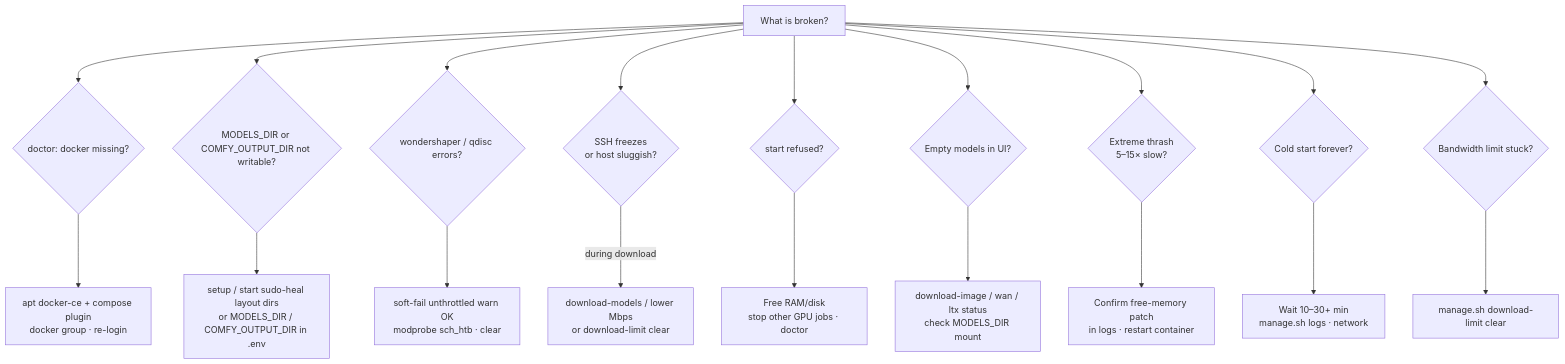
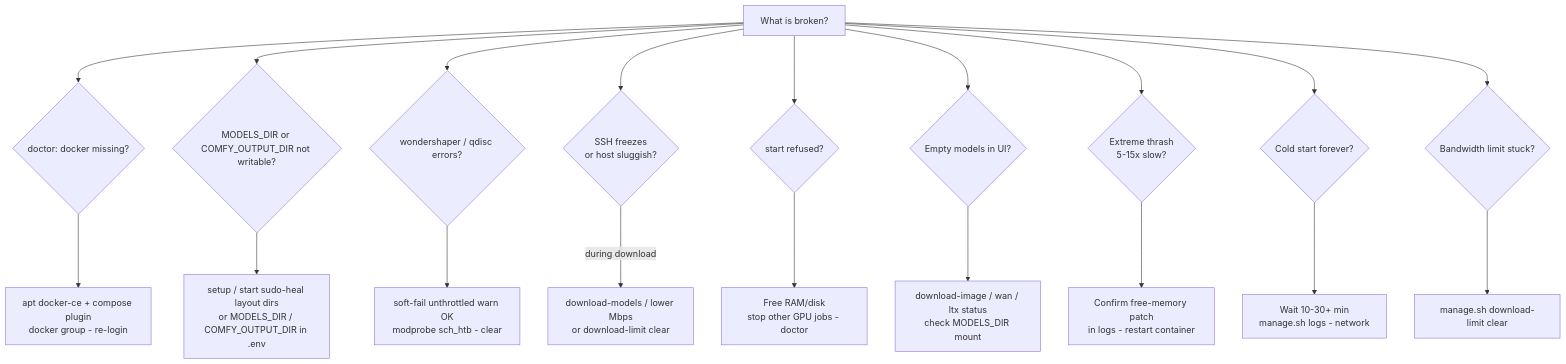
The first of 3 diagrams in docs/troubleshooting.mdx (toxicoder/ez-comfy-stack), drawn with Mermaid before and after one commit. The commit also changed other lines of this file and 1894 other files, not shown here.

````diff
--- a/docs/troubleshooting.mdx
+++ b/docs/troubleshooting.mdx
@@ -106,23 +106,23 @@
 ```mermaid
 flowchart TB
   Q["What is broken?"]
   Q --> Docker{"doctor: docker missing?"}
   Q --> Models{"MODELS_DIR or COMFY_OUTPUT_DIR not writable?"}
   Q --> Qdisc{"wondershaper / qdisc errors?"}
   Q --> SSH{"SSH freezes<br/>or host sluggish?"}
   Q --> Start{"start refused?"}
   Q --> Empty{"Empty models in UI?"}
-  Q --> Slow{"Extreme thrash<br/>5–15× slow?"}
+  Q --> Slow{"Extreme thrash<br/>5-15x slow?"}
   Q --> Cold{"Cold start forever?"}
   Q --> Limit{"Bandwidth limit stuck?"}
 
-  Docker --> A0["apt docker-ce + compose plugin<br/>docker group · re-login"]
+  Docker --> A0["apt docker-ce + compose plugin<br/>docker group - re-login"]
   Models --> A0b["setup / start sudo-heal layout dirs<br/>or MODELS_DIR / COMFY_OUTPUT_DIR in .env"]
-  Qdisc --> A0c["soft-fail unthrottled warn OK<br/>modprobe sch_htb · clear"]
+  Qdisc --> A0c["soft-fail unthrottled warn OK<br/>modprobe sch_htb - clear"]
   SSH -->|during download| A1["download-models / lower Mbps<br/>or download-limit clear"]
-  Start --> A2["Free RAM/disk<br/>stop other GPU jobs · doctor"]
+  Start --> A2["Free RAM/disk<br/>stop other GPU jobs - doctor"]
   Empty --> A3["download-image / wan / ltx status<br/>check MODELS_DIR mount"]
-  Slow --> A4["Confirm free-memory patch<br/>in logs · restart container"]
-  Cold --> A5["Wait 10–30+ min<br/>manage.sh logs · network"]
+  Slow --> A4["Confirm free-memory patch<br/>in logs - restart container"]
+  Cold --> A5["Wait 10-30+ min<br/>manage.sh logs - network"]
   Limit --> A6["manage.sh download-limit clear"]
 ```
````
